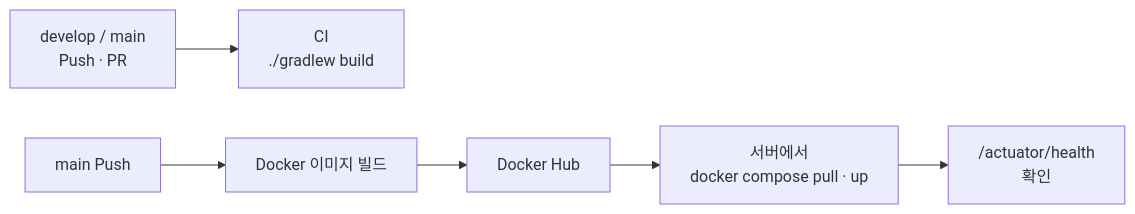
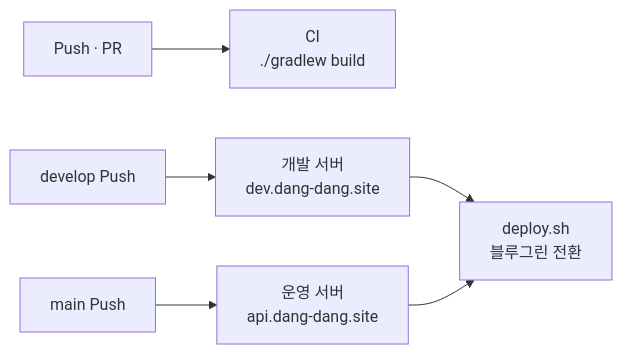
The second of 2 diagrams in README.md (dangdang-2026/dangdang-be), drawn with Mermaid before and after one commit. The commit also changed other lines of this file, not shown here.

````diff
--- a/README.md
+++ b/README.md
@@ -171,8 +208,7 @@
 ```mermaid
 flowchart LR
-    A["develop / main<br/>Push · PR"] --> B["CI<br/>./gradlew build"]
-    C["main Push"] --> D["Docker 이미지 빌드"]
-    D --> E["Docker Hub"]
-    E --> F["서버에서<br/>docker compose pull · up"]
-    F --> G["/actuator/health<br/>확인"]
+    A["Push · PR"] --> B["CI<br/>./gradlew build"]
+    C["develop Push"] --> D1["개발 서버<br/>dev.dang-dang.site"]
+    E["main Push"] --> D2["운영 서버<br/>api.dang-dang.site"]
+    D1 & D2 --> F["deploy.sh<br/>블루그린 전환"]
 ```
````
